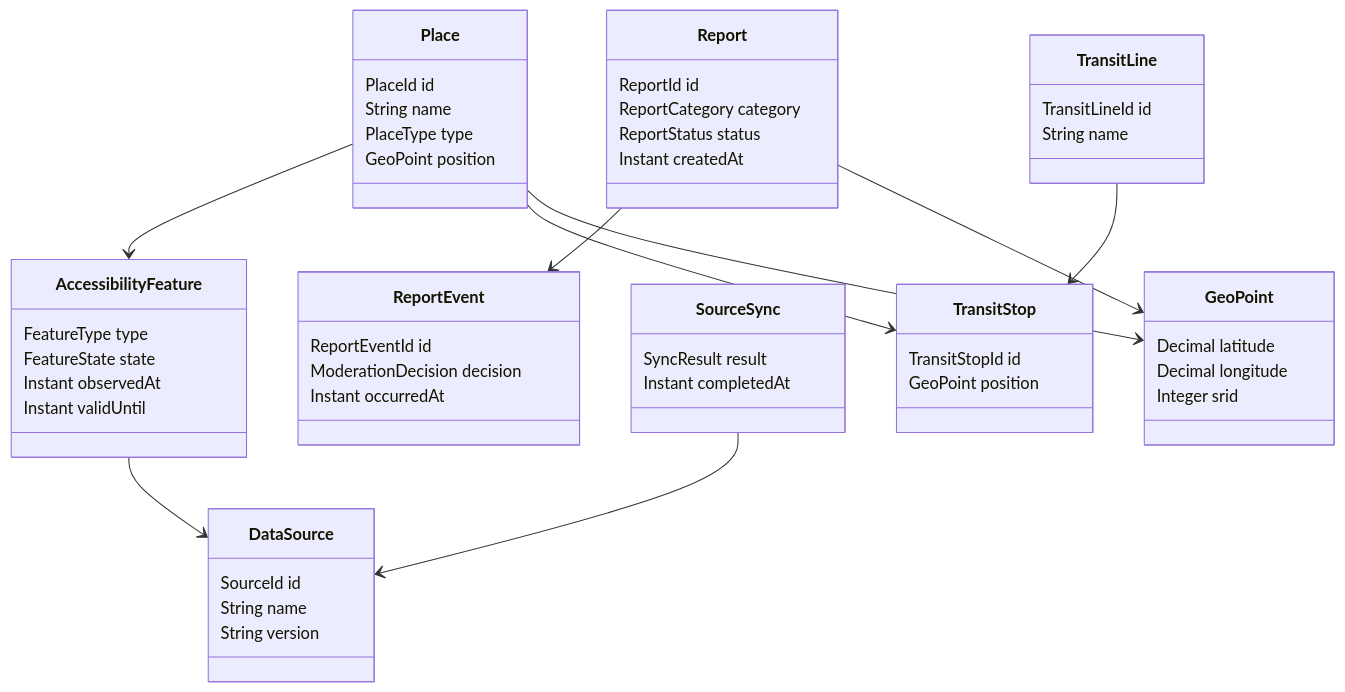
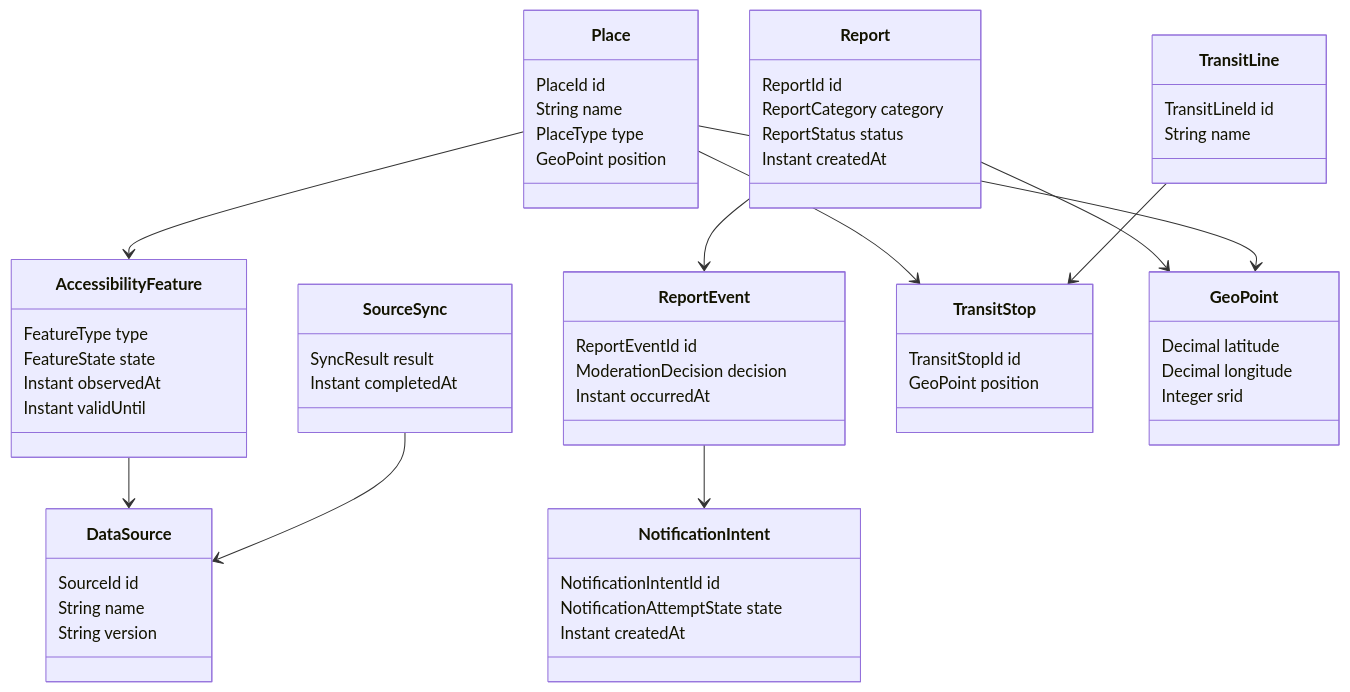
Before and after one commit to andreaplini/aegis: the second of 9 diagrams in docs/RAD.md, drawn with Mermaid. The commit also changed other lines of this file and 3 other files, not shown here.

````diff
--- a/docs/RAD.md
+++ b/docs/RAD.md
@@ -364,57 +366,63 @@
 ```mermaid
 classDiagram
-  accDescr: Relazioni concettuali tra luoghi, caratteristiche, segnalazioni, eventi e fonti.
+  accDescr: Relazioni concettuali tra luoghi, caratteristiche, segnalazioni, eventi, intenzioni di notifica e fonti.
   class Place {
     PlaceId id
     String name
     PlaceType type
     GeoPoint position
   }
   class AccessibilityFeature {
     FeatureType type
     FeatureState state
     Instant observedAt
     Instant validUntil
   }
   class Report {
     ReportId id
     ReportCategory category
     ReportStatus status
     Instant createdAt
   }
   class ReportEvent {
     ReportEventId id
     ModerationDecision decision
     Instant occurredAt
+  }
+  class NotificationIntent {
+    NotificationIntentId id
+    NotificationAttemptState state
+    Instant createdAt
   }
   class DataSource {
     SourceId id
     String name
     String version
   }
   class SourceSync {
     SyncResult result
     Instant completedAt
   }
   class TransitLine {
     TransitLineId id
     String name
   }
   class TransitStop {
     TransitStopId id
     GeoPoint position
   }
   class GeoPoint {
     Decimal latitude
     Decimal longitude
     Integer srid
   }
   Place --> AccessibilityFeature
   Place --> TransitStop
   TransitLine --> TransitStop
   Report --> ReportEvent
+  ReportEvent --> NotificationIntent
   Report --> GeoPoint
   Place --> GeoPoint
   AccessibilityFeature --> DataSource
   SourceSync --> DataSource
 ```
````
